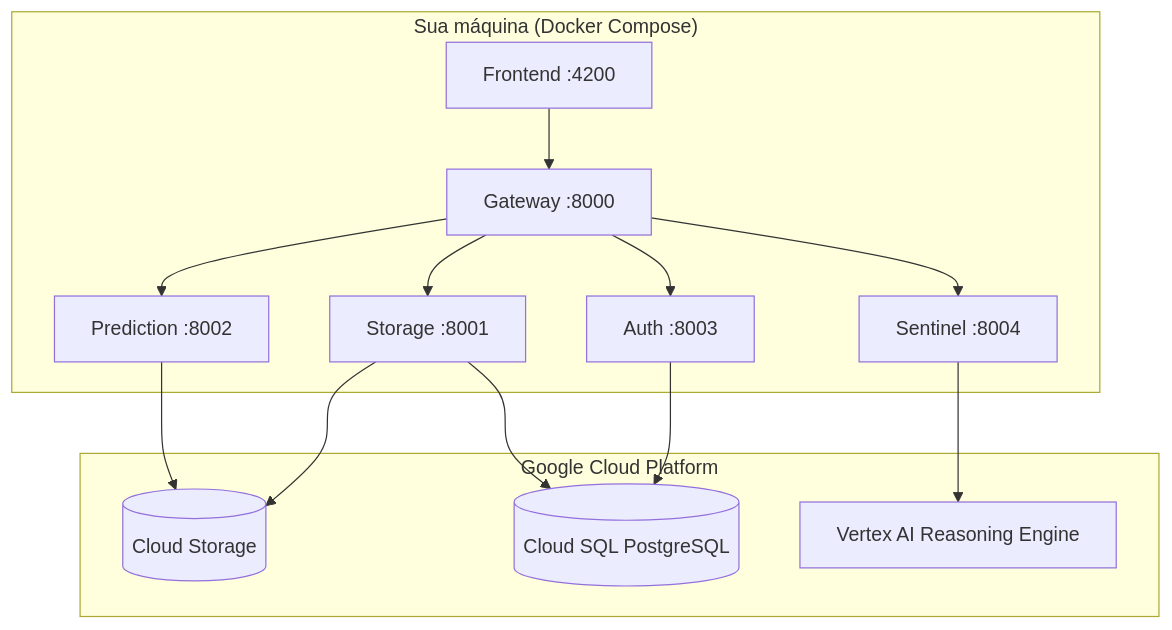
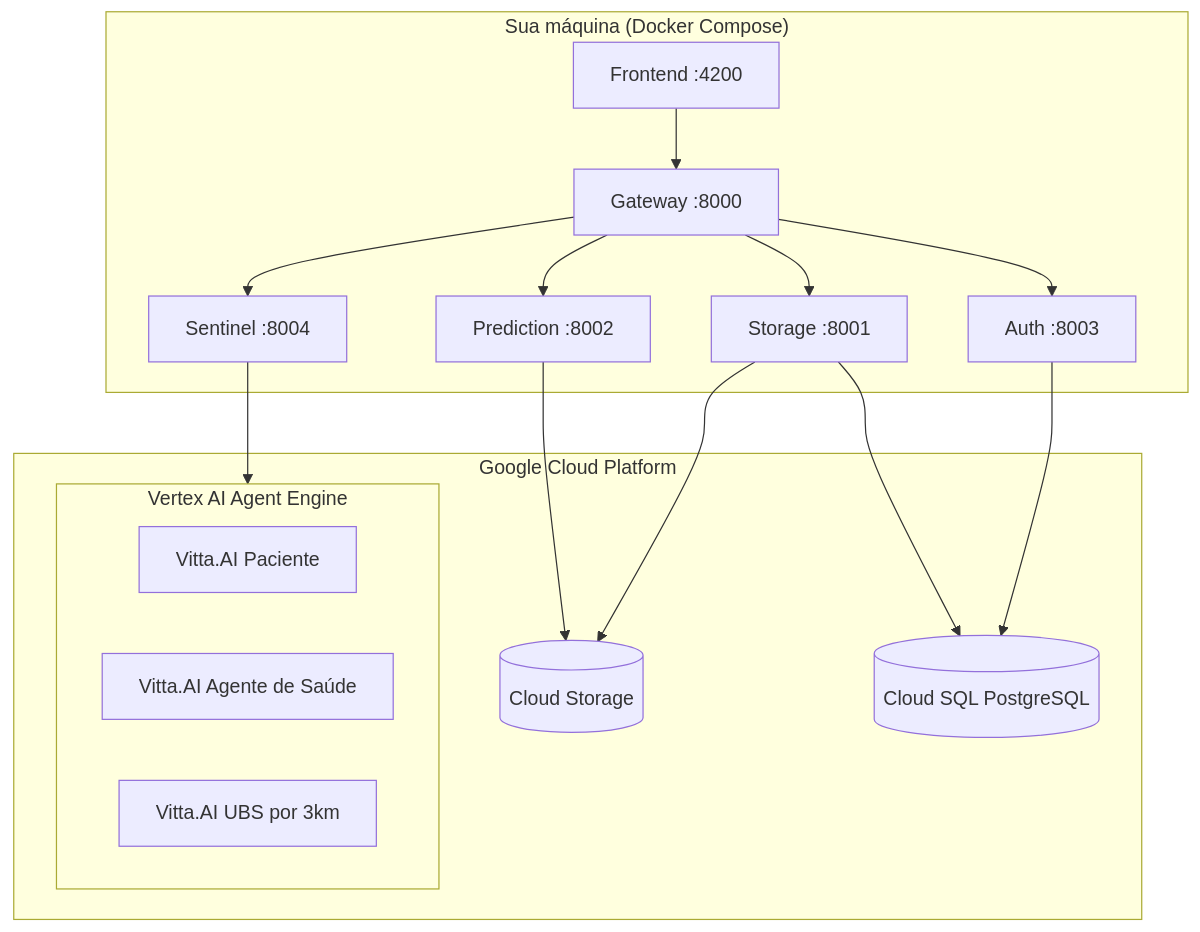
One commit to PedroCozzati/pipeline_fiap_healthcare changed the first of 2 diagrams in TrajetoSaude/README.md. Above: the diagram before and after it, drawn with Mermaid. The commit also changed other lines of this file and 150 other files, not shown here.

````diff
--- a/TrajetoSaude/README.md
+++ b/TrajetoSaude/README.md
@@ -44,24 +53,28 @@
 ```mermaid
 flowchart TB
     subgraph local["Sua máquina (Docker Compose)"]
         FE[Frontend :4200]
         GW[Gateway :8000]
         AUTH[Auth :8003]
         STOR[Storage :8001]
         PRED[Prediction :8002]
         SENT[Sentinel :8004]
     end
 
     subgraph gcp["Google Cloud Platform"]
         GCS[(Cloud Storage)]
         SQL[(Cloud SQL PostgreSQL)]
-        VERTEX[Vertex AI Reasoning Engine]
+        subgraph vertex["Vertex AI Agent Engine"]
+            A1[Vitta.AI Paciente]
+            A2[Vitta.AI Agente de Saúde]
+            A3[Vitta.AI UBS por 3km]
+        end
     end
 
     FE --> GW
     GW --> AUTH & STOR & PRED & SENT
     AUTH --> SQL
     STOR --> GCS & SQL
     PRED --> GCS
-    SENT --> VERTEX
+    SENT --> vertex
 ```
````
